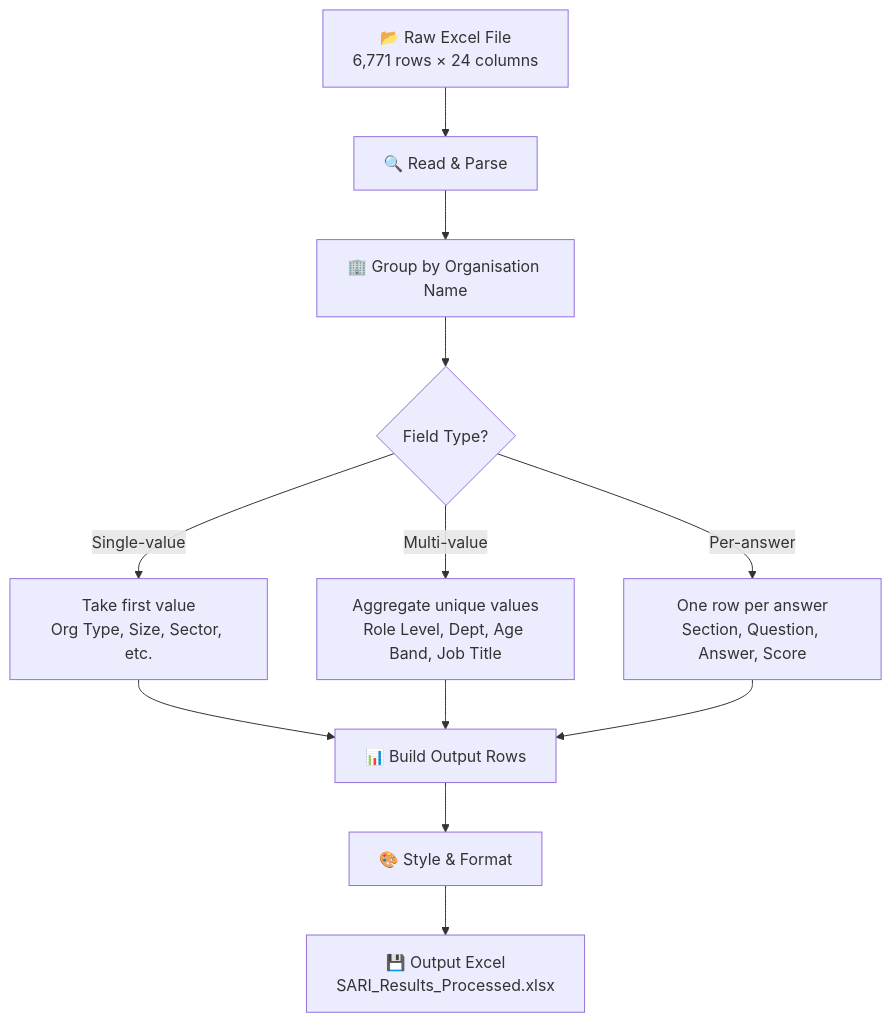
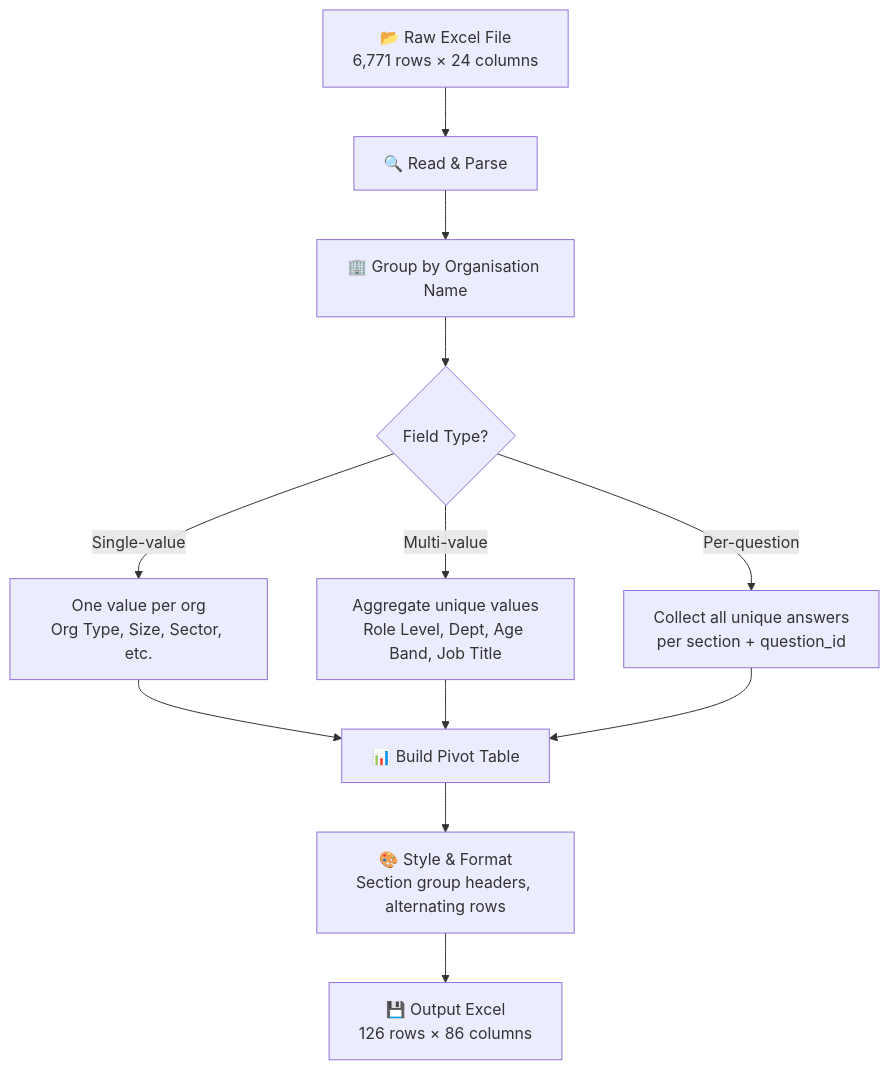
One commit to dev-kir/temp_intern_filter changed the diagram in README.md. Above: the diagram before and after it, drawn with Mermaid. The commit also changed other lines of this file and 1 other file, not shown here.

Commit message:
Rewrite as pivot table: one row per org, questions as columns grouped by section

````diff
--- a/README.md
+++ b/README.md
@@ -76,14 +104,14 @@
 ```mermaid
 flowchart TD
     A[📂 Raw Excel File<br/>6,771 rows × 24 columns] --> B[🔍 Read & Parse]
     B --> C[🏢 Group by Organisation Name]
     C --> D{Field Type?}
-    D -->|Single-value| E[Take first value<br/>Org Type, Size, Sector, etc.]
+    D -->|Single-value| E[One value per org<br/>Org Type, Size, Sector, etc.]
     D -->|Multi-value| F[Aggregate unique values<br/>Role Level, Dept, Age Band, Job Title]
-    D -->|Per-answer| G[One row per answer<br/>Section, Question, Answer, Score]
-    E --> H[📊 Build Output Rows]
+    D -->|Per-question| G[Collect all unique answers<br/>per section + question_id]
+    E --> H[📊 Build Pivot Table]
     F --> H
     G --> H
-    H --> I[🎨 Style & Format]
-    I --> J[💾 Output Excel<br/>SARI_Results_Processed.xlsx]
+    H --> I[🎨 Style & Format<br/>Section group headers, alternating rows]
+    I --> J[💾 Output Excel<br/>126 rows × 86 columns]
 ```
````
